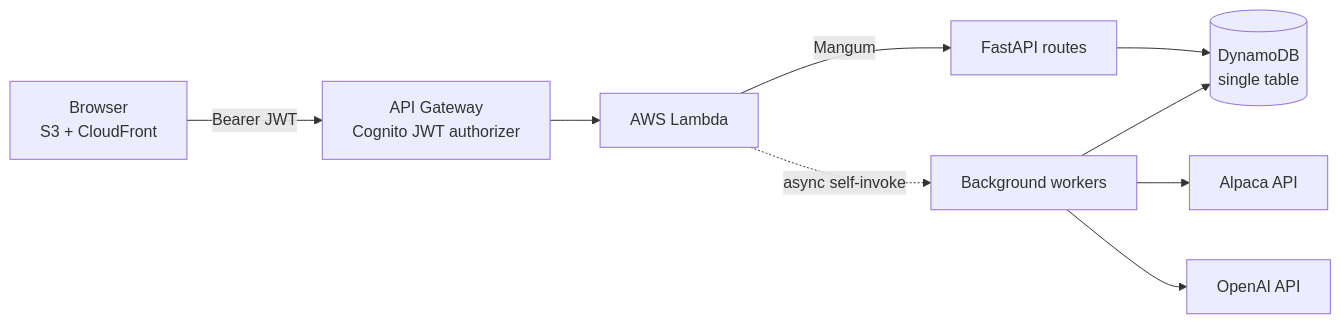
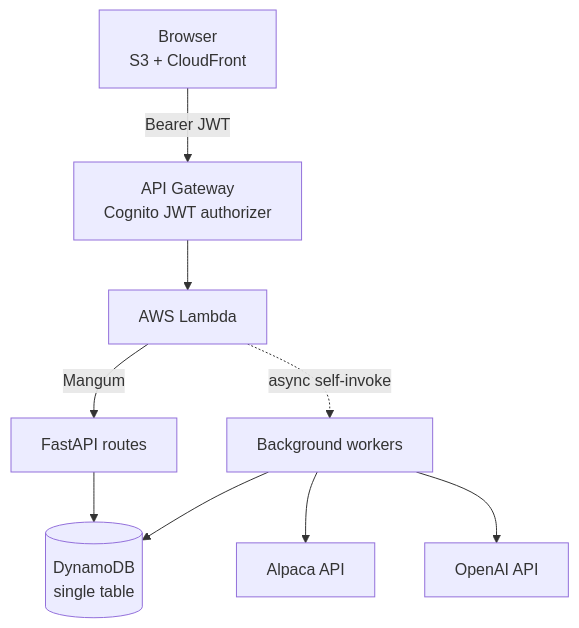
The diagram in README.md (NikhilBhargava07/HELIOS), drawn with Mermaid before and after one commit. The commit also changed other lines of this file, not shown here.

````diff
--- a/README.md
+++ b/README.md
@@ -15,11 +23,11 @@
 ```mermaid
-flowchart LR
+flowchart TB
     B["Browser<br/>S3 + CloudFront"] -->|"Bearer JWT"| G["API Gateway<br/>Cognito JWT authorizer"]
     G --> L["AWS Lambda"]
     L -->|Mangum| F["FastAPI routes"]
     L -. "async self-invoke" .-> W["Background workers"]
     F --> D[("DynamoDB<br/>single table")]
     W --> D
     W --> AL["Alpaca API"]
     W --> OA["OpenAI API"]
 ```
````
